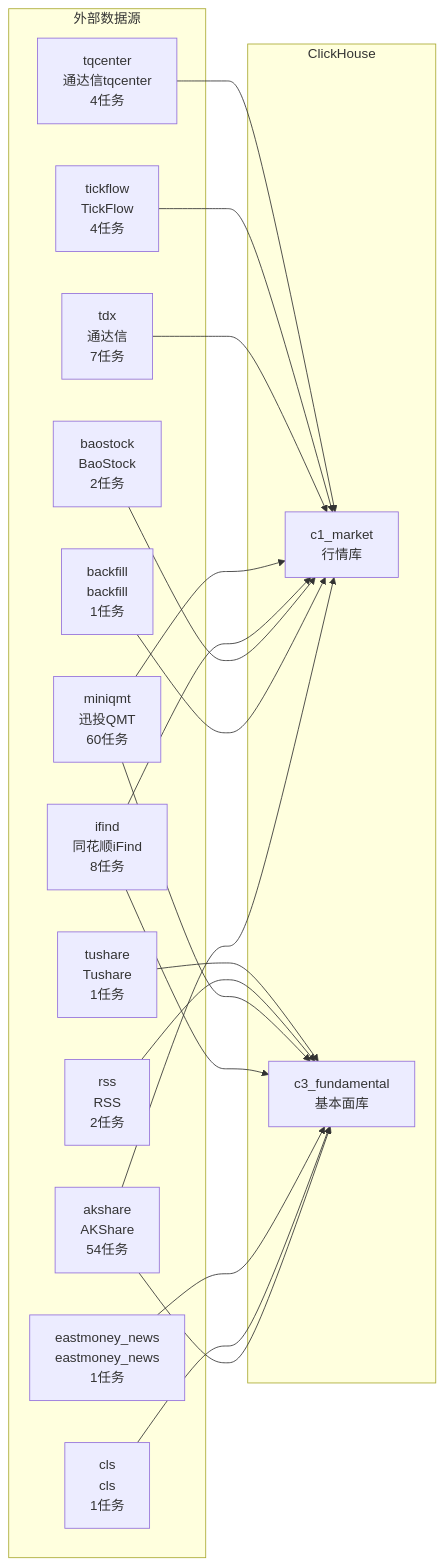
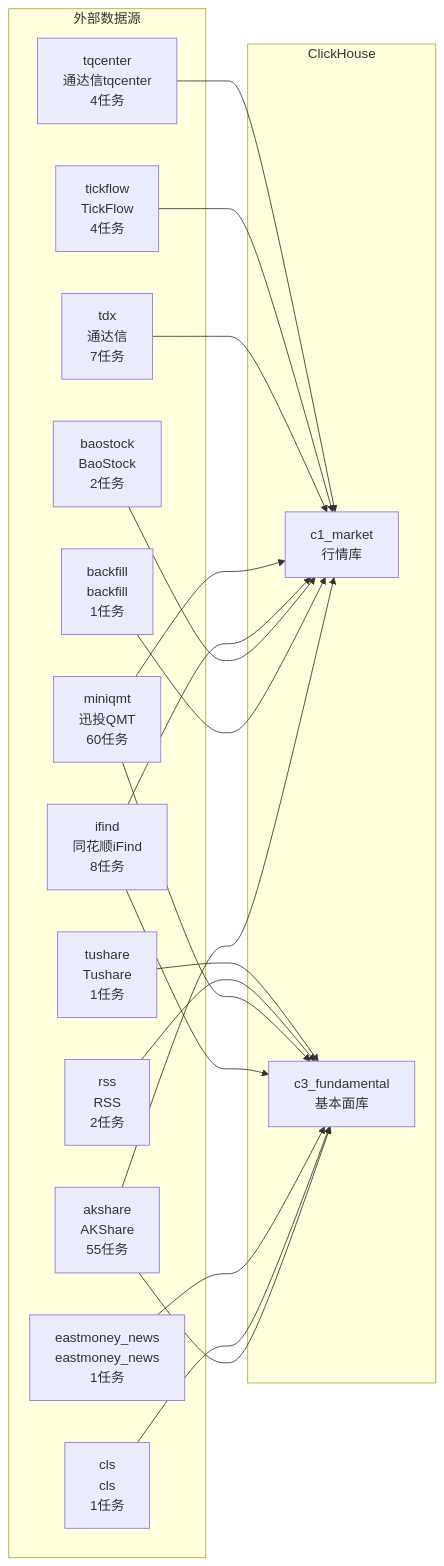
One commit to xuanFelixVan/ZephyrAlpha changed the diagram in docs/02_enterprise_architecture/05_dataflow_architecture/data_acquisition_flow.md. Above: the diagram before and after it, drawn with Mermaid. The commit also changed other lines of this file and 19 other files, not shown here.

````diff
--- a/docs/02_enterprise_architecture/05_dataflow_architecture/data_acquisition_flow.md
+++ b/docs/02_enterprise_architecture/05_dataflow_architecture/data_acquisition_flow.md
@@ -364,38 +366,38 @@
 ```mermaid
 flowchart LR
     subgraph 外部数据源
         S6["miniqmt<br/>迅投QMT<br/>60任务"]
-        S0["akshare<br/>AKShare<br/>54任务"]
+        S0["akshare<br/>AKShare<br/>55任务"]
         S5["ifind<br/>同花顺iFind<br/>8任务"]
         S8["tdx<br/>通达信<br/>7任务"]
         S9["tickflow<br/>TickFlow<br/>4任务"]
         S10["tqcenter<br/>通达信tqcenter<br/>4任务"]
         S7["rss<br/>RSS<br/>2任务"]
         S2["baostock<br/>BaoStock<br/>2任务"]
         S3["cls<br/>cls<br/>1任务"]
         S4["eastmoney_news<br/>eastmoney_news<br/>1任务"]
         S11["tushare<br/>Tushare<br/>1任务"]
         S1["backfill<br/>backfill<br/>1任务"]
     end
 
     subgraph ClickHouse
         D0["c1_market<br/>行情库"]
         D1["c3_fundamental<br/>基本面库"]
     end
 
     S0 --> D0
     S0 --> D1
     S1 --> D0
     S2 --> D0
     S3 --> D1
     S4 --> D1
     S5 --> D0
     S5 --> D1
     S6 --> D0
     S6 --> D1
     S7 --> D1
     S8 --> D0
     S9 --> D0
     S10 --> D0
     S11 --> D1
 ```
````
